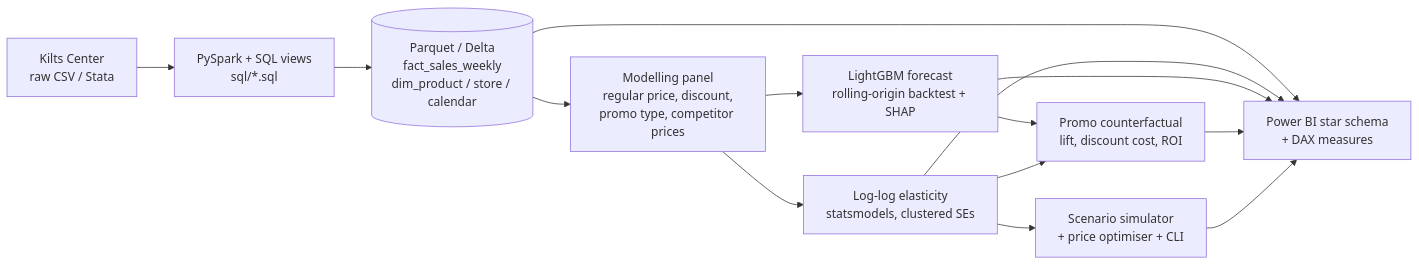
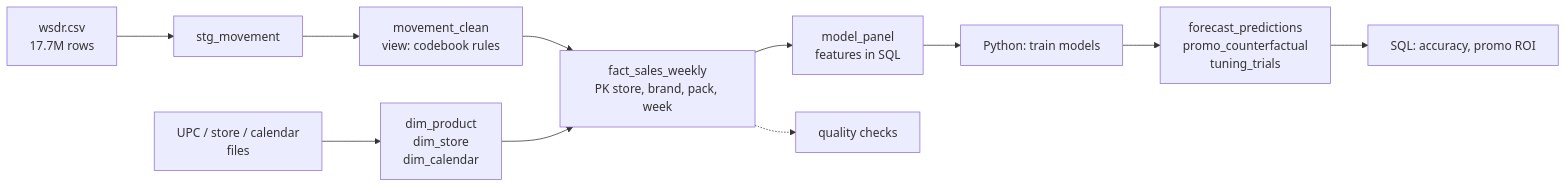
One commit to smil7/beverage-demand-elasticity changed the diagram in README.md. Above: the diagram before and after it, drawn with Mermaid. The commit also changed other lines of this file and 3 other files, not shown here.

````diff
--- a/README.md
+++ b/README.md
@@ -55,12 +53,12 @@
 ```mermaid
 flowchart LR
-    A[Kilts Center<br/>raw CSV / Stata] --> B[PySpark + SQL views<br/>sql/*.sql]
-    B --> C[(Parquet / Delta<br/>fact_sales_weekly<br/>dim_product / store / calendar)]
-    C --> D[Modelling panel<br/>regular price, discount,<br/>promo type, competitor prices]
-    D --> E[Log-log elasticity<br/>statsmodels, clustered SEs]
-    D --> F[LightGBM forecast<br/>rolling-origin backtest + SHAP]
-    F --> G[Promo counterfactual<br/>lift, discount cost, ROI]
-    E --> G
-    E --> H[Scenario simulator<br/>+ price optimiser + CLI]
-    C & E & F & G & H --> I[Power BI star schema<br/>+ DAX measures]
+    A[wsdr.csv<br/>17.7M rows] --> B[stg_movement]
+    B --> C[movement_clean<br/>view: codebook rules]
+    D[UPC / store / calendar<br/>files] --> E[dim_product<br/>dim_store<br/>dim_calendar]
+    C & E --> F[fact_sales_weekly<br/>PK store, brand, pack, week]
+    F --> G[model_panel<br/>features in SQL]
+    G --> H[Python: train models]
+    H --> I[forecast_predictions<br/>promo_counterfactual<br/>tuning_trials]
+    I --> J[SQL: accuracy, promo ROI]
+    F -.-> Q[quality checks]
 ```
````
